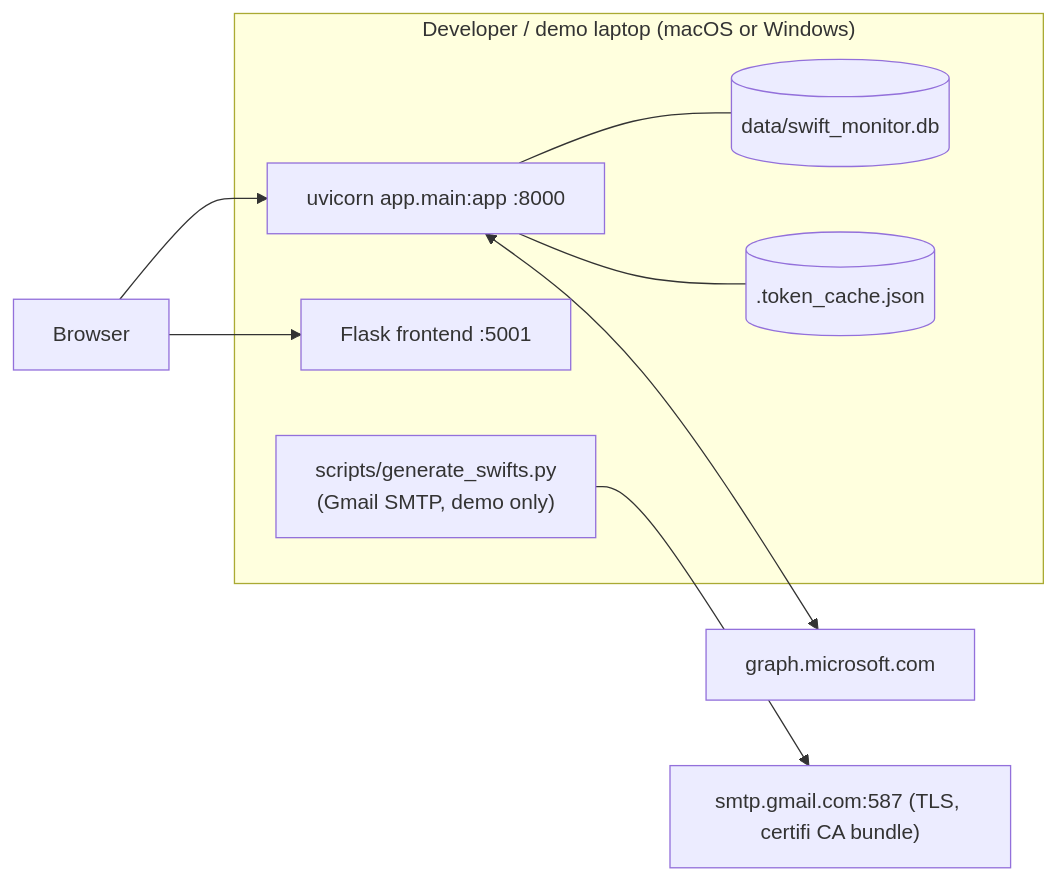
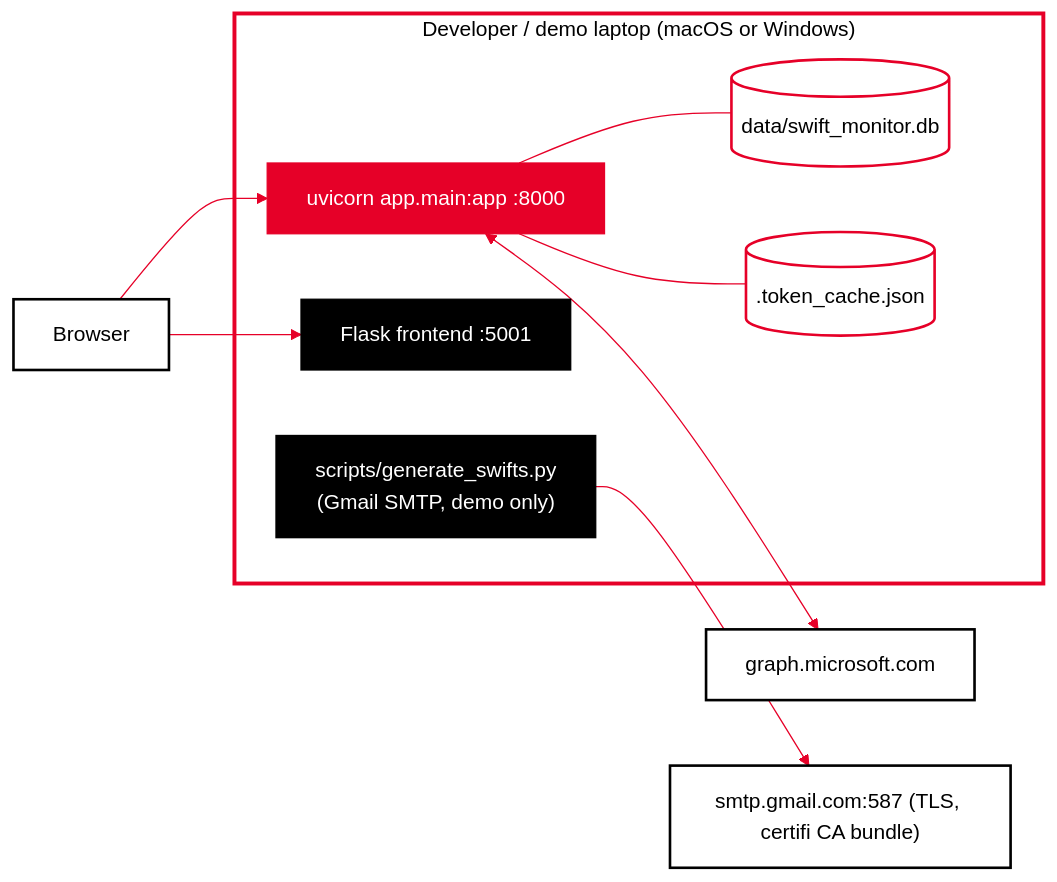
The sixth of 6 diagrams in docs/architecture/solution-architecture.md (shreyapalavalli/swift-mailbox-monitor), drawn with Mermaid before and after one commit. The commit also changed other lines of this file and 2 other files, not shown here.

Commit message:
docs: SG red/black/white styling for the architecture doc (banner, at-a-glance card, themed diagrams)

````diff
--- a/docs/architecture/solution-architecture.md
+++ b/docs/architecture/solution-architecture.md
@@ -229,13 +292,23 @@
 ```mermaid
+%%{init: {'theme':'base','themeVariables':{'primaryColor':'#000000','primaryTextColor':'#000000','primaryBorderColor':'#000000','lineColor':'#E60028','secondaryColor':'#ffffff','tertiaryColor':'#ffffff','clusterBkg':'#ffffff','clusterBorder':'#E60028','edgeLabelBackground':'#ffffff','textColor':'#000000','titleColor':'#000000'}}}%%
 flowchart LR
     subgraph Laptop["Developer / demo laptop (macOS or Windows)"]
         U["uvicorn app.main:app :8000"] --- DB[("data/swift_monitor.db")]
         U --- TC[(".token_cache.json")]
         F["Flask frontend :5001"]
         Gen["scripts/generate_swifts.py<br/>(Gmail SMTP, demo only)"]
     end
     Browser["Browser"] --> F
     Browser --> U
     U <--> MS["graph.microsoft.com"]
     Gen --> Gmail["smtp.gmail.com:587 (TLS, certifi CA bundle)"]
+    classDef sg fill:#000,stroke:#000,color:#fff,stroke-width:1px
+    classDef red fill:#E60028,stroke:#E60028,color:#fff
+    classDef ext fill:#fff,stroke:#000,color:#000,stroke-width:2px
+    classDef store fill:#fff,stroke:#E60028,color:#000,stroke-width:2px
+    class U red
+    class F,Gen sg
+    class DB,TC store
+    class Browser,MS,Gmail ext
+    style Laptop fill:#fff,stroke:#E60028,stroke-width:3px,color:#000
 ```
````
